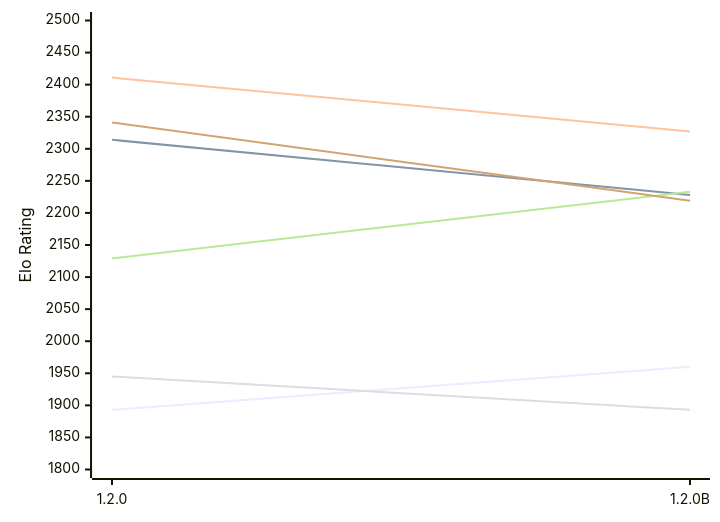
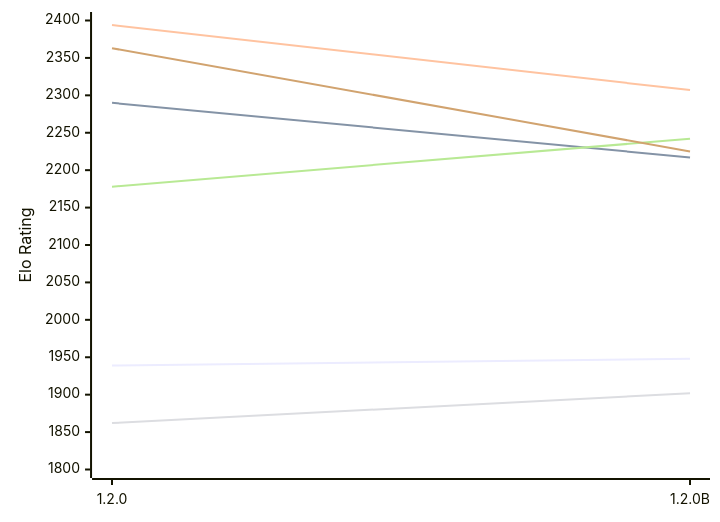
The first of 2 diagrams in engines/Soomi.md (computer-chess-index/cci), drawn with Mermaid before and after one commit. The commit also changed other lines of this file, not shown here.

Commit message:
Update CCI Ratings (ELO VLTC) - 2026-11-15

````diff
--- a/engines/Soomi.md
+++ b/engines/Soomi.md
@@ -53,12 +53,12 @@
 ```mermaid
 %%{init: {"theme":"base","themeVariables":{"seriesColors:['#a3a3a3','#222221','#faa371']}}}%%
 xychart-beta
   x-axis ["1.2.0", "1.2.0B"]
-  y-axis "Elo Rating" 1800 --> 2500
-  line "E1: STC (8.0+0.08s)" [1893, 1960]
-  line "E1: LTC (60.0+0.60s)" [2314, 2228]
-  line "E1: VLTC (2m24s+1.12s)" [2411, 2327]
-  line "P1: STC (8.0+0.08s)" [1945, 1893]
-  line "P1: LTC (60.0+0.60s)" [2129, 2233]
-  line "P1: VLTC (2m24s+1.12s)" [2341, 2219]
+  y-axis "Elo Rating" 1800 --> 2400
+  line "E1: STC (8.0+0.08s)" [1939, 1948]
+  line "E1: LTC (60.0+0.60s)" [2290, 2217]
+  line "E1: VLTC (2m24s+1.12s)" [2394, 2307]
+  line "P1: STC (8.0+0.08s)" [1862, 1902]
+  line "P1: LTC (60.0+0.60s)" [2178, 2242]
+  line "P1: VLTC (2m24s+1.12s)" [2363, 2225]
 ```
````
